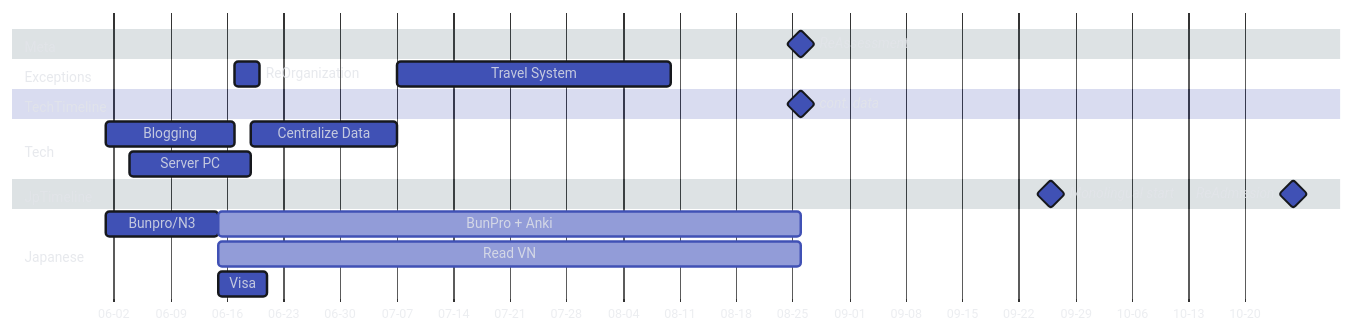
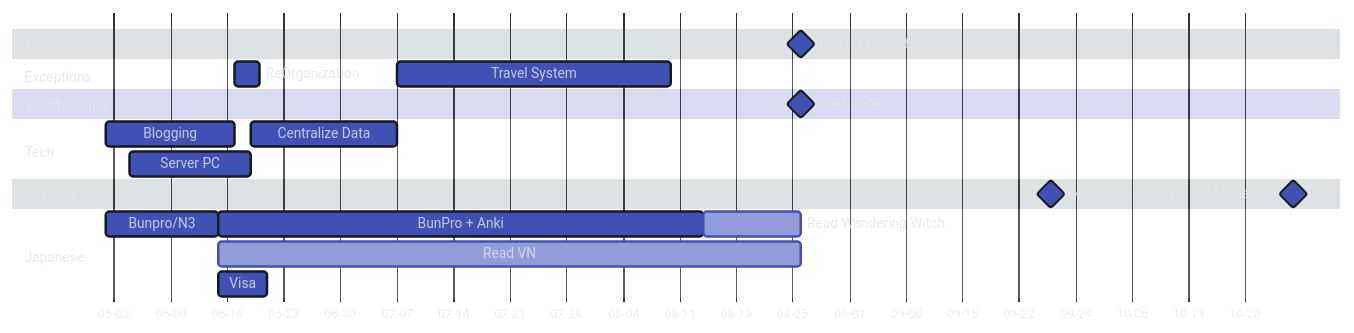
Before and after one commit to Serralq/Project-Norn: the first of 2 diagrams in docs/index.md, drawn with Mermaid.

Commit message:
Update projects
Done with using Anki / Bunpro as drivers of culmination of lessosn
Replaced with simply reading with a dictionary

````diff
--- a/docs/index.md
+++ b/docs/index.md
@@ -34,46 +34,47 @@
     ``` mermaid
     ---
     displayMode: compact
     ---
     %%{
       init: {
         'theme': 'base',
         'themeVariables': {
           'darkMode': 'true',
           'fontFamily': 'hermit',
           'primaryColor': '#4051b5',
           'primaryBorderColor': '#16181D',
           'tertiaryColor': '#546d78',
           'tertiaryTextColor': '#E2E4E9D1',
           'textColor': '#E2E4E9D1',
           'noteTextColor': '#E2E4E9D1'
         }
       }
     }%%
     gantt
       dateFormat YY-MM-DD
       axisFormat %m-%d
       tickInterval 1week
       todayMarker stroke-width:3px,stroke:#E2E4E9,opacity:0.5
       section Meta
         ReAssessment              :milestone,  m1, 24-08-26, 0d
       section Exceptions
         ReOrganization            :            m3 , 24-06-17, 24-06-20
         Travel System             :            m4 , 24-07-07, 24-08-10
       section TechTimeline
         cont. data                    :milestone,  t4 , after m1, 0d
       section Tech
         Blogging                  :            t1 , 24-06-01, 24-06-17
         Server PC                 :            t2 , 24-06-04, 24-06-19
         Centralize Data           :            t3 , 24-06-19, 24-07-07
       section JpTimeline
         Monolingual start         :milestone,  j11, 24-09-26, 0d
         ReAdmission               :milestone,  j10, 24-10-26, 0d
       section Japanese
         Bunpro/N3                 :            j1 , 24-06-01, 24-06-15
-        BunPro + Anki             :active,     j2 , after j1, until m1
-        Read VN                  :active,     j3 , after j1, until m1
+        BunPro + Anki             :            j2 , after j1, 24-08-14
+        Read VN                   :active,     j3 , after j1, until m1
         Visa                      :            j4 , 24-06-15, 24-06-21
+        Read Wandering Witch      :active,     j5 , 24-08-14, until m1
         %% Futures
       section Stationaries
     ```
````
